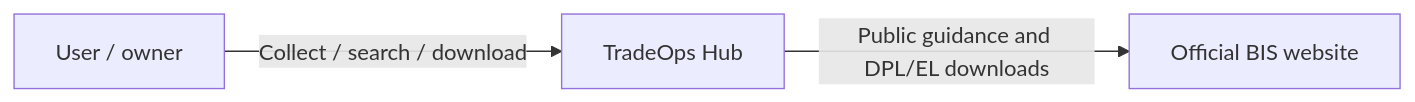
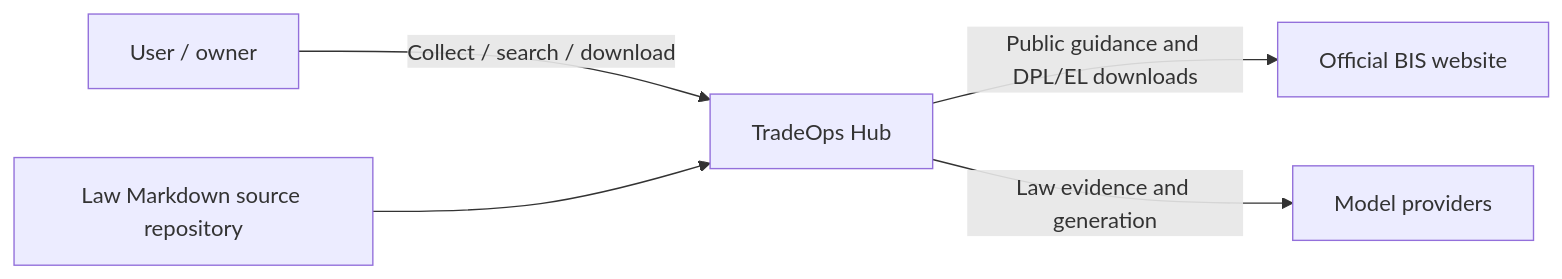
One commit to yrumupusm/tradeops_hub changed the first of 4 diagrams in docs/en/architecture/c4.md. Above: the diagram before and after it, drawn with Mermaid. The commit also changed other lines of this file and 17 other files, not shown here.

Commit message:
docs: reconcile architecture and record prepublication verification

````diff
--- a/docs/en/architecture/c4.md
+++ b/docs/en/architecture/c4.md
@@ -7,5 +7,7 @@
 ```mermaid
 flowchart LR
  U["User / owner"] -->|"Collect / search / download"| H["TradeOps Hub"]
  H -->|"Public guidance and DPL/EL downloads"| B["Official BIS website"]
+ H -->|"Law evidence and generation"| M["Model providers"]
+ Sources["Law Markdown source repository"] --> H
 ```
````
